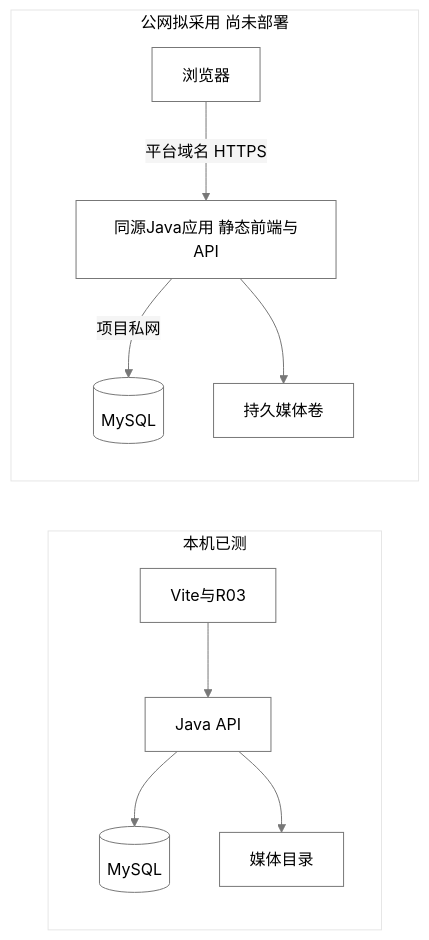
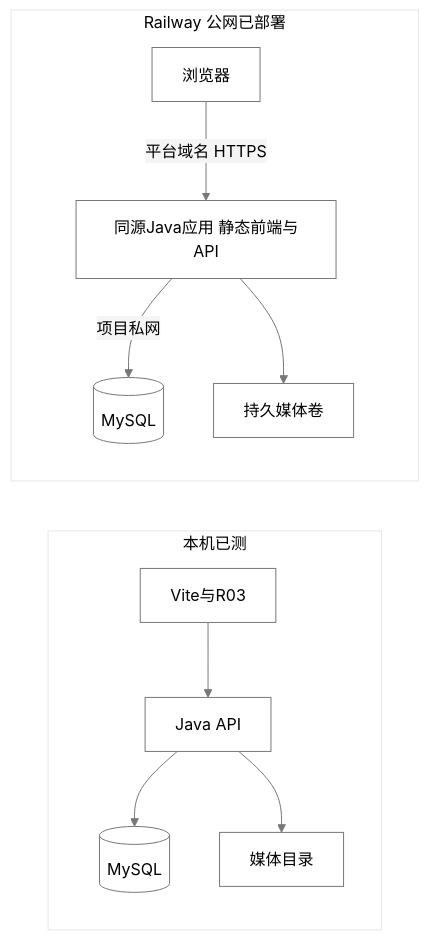
One commit to gorneynienhuis-lang/freshmart-enterprise changed the fifth of 5 diagrams in docs/formal/设计文档.md. Above: the diagram before and after it, drawn with Mermaid. The commit also changed other lines of this file and 3 other files, not shown here.

````diff
--- a/docs/formal/设计文档.md
+++ b/docs/formal/设计文档.md
@@ -192,14 +192,14 @@
 ```mermaid
 %%{init: {'theme':'base','themeVariables':{'primaryColor':'#ffffff','primaryTextColor':'#000000','primaryBorderColor':'#777777','lineColor':'#777777','secondaryColor':'#f5f5f5','tertiaryColor':'#ffffff'}}}%%
 flowchart LR
     subgraph L[本机已测]
       V[Vite与R03] --> J[Java API]
       J --> D[(MySQL)]
       J --> M[媒体目录]
     end
-    subgraph C[公网拟采用 尚未部署]
+    subgraph C[Railway 公网已部署]
       B[浏览器] -->|平台域名 HTTPS| A[同源Java应用 静态前端与API]
       A -->|项目私网| Q[(MySQL)]
       A --> F[持久媒体卷]
     end
 ```
````
